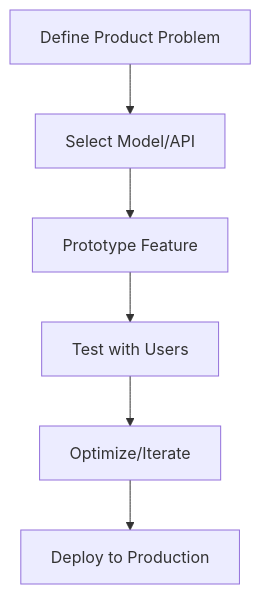
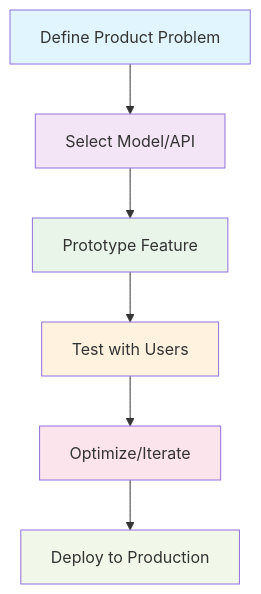
The first of 3 diagrams in ai_developer_enterprise.md (khaosans/articles), drawn with Mermaid before and after one commit. The commit also changed other lines of this file and 3 other files, not shown here.

First line of the commit message:
docs: enhance all diagrams, captions, and professionalism in role guides

````diff
--- a/ai_developer_enterprise.md
+++ b/ai_developer_enterprise.md
@@ -33,8 +33,14 @@
 ```mermaid
 flowchart TD
     A[Define Product Problem] --> B[Select Model/API]
     B --> C[Prototype Feature]
     C --> D[Test with Users]
     D --> E[Optimize/Iterate]
     E --> F[Deploy to Production]
+    style A fill:#e1f5fe
+    style B fill:#f3e5f5
+    style C fill:#e8f5e8
+    style D fill:#fff3e0
+    style E fill:#fce4ec
+    style F fill:#f1f8e9
 ```
````
